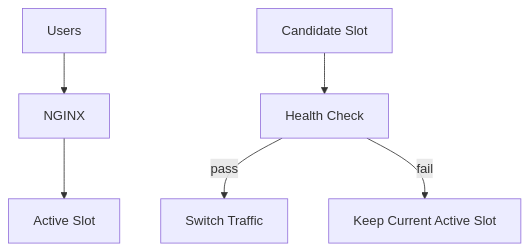
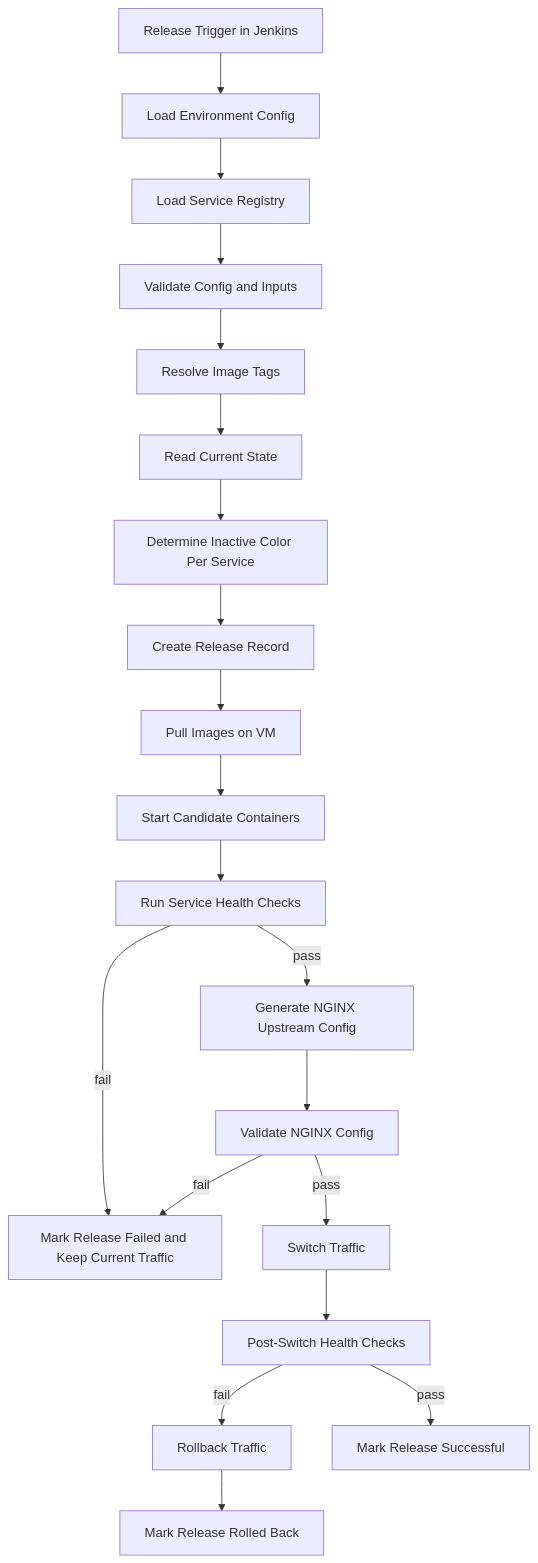
One commit to shekhar396/zero-downtime-cicd-template changed the first of 2 diagrams in docs/ARCHITECTURE.md. Above: the diagram before and after it, drawn with Mermaid. The commit also changed other lines of this file and 4 other files, not shown here.

Commit message:
docs: define v1 architecture and configuration model

````diff
--- a/docs/ARCHITECTURE.md
+++ b/docs/ARCHITECTURE.md
@@ -70,8 +183,22 @@
 ```mermaid
-flowchart TB
-    U[Users] --> N[NGINX]
-    N --> A[Active Slot]
-    C[Candidate Slot] --> H[Health Check]
-    H -->|pass| S[Switch Traffic]
-    H -->|fail| K[Keep Current Active Slot]
+flowchart TD
+    A[Release Trigger in Jenkins] --> B[Load Environment Config]
+    B --> C[Load Service Registry]
+    C --> D[Validate Config and Inputs]
+    D --> E[Resolve Image Tags]
+    E --> F[Read Current State]
+    F --> G[Determine Inactive Color Per Service]
+    G --> H[Create Release Record]
+    H --> I[Pull Images on VM]
+    I --> J[Start Candidate Containers]
+    J --> K[Run Service Health Checks]
+    K -->|fail| L[Mark Release Failed and Keep Current Traffic]
+    K -->|pass| M[Generate NGINX Upstream Config]
+    M --> N[Validate NGINX Config]
+    N -->|fail| L
+    N -->|pass| O[Switch Traffic]
+    O --> P[Post-Switch Health Checks]
+    P -->|fail| Q[Rollback Traffic]
+    P -->|pass| R[Mark Release Successful]
+    Q --> S[Mark Release Rolled Back]
 ```
````
